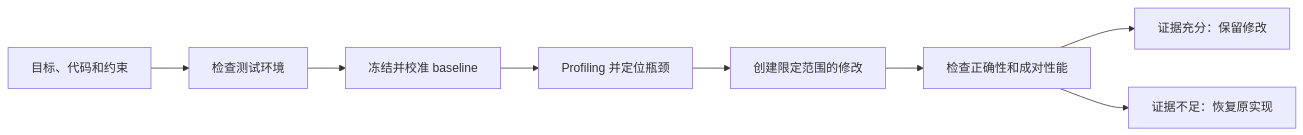
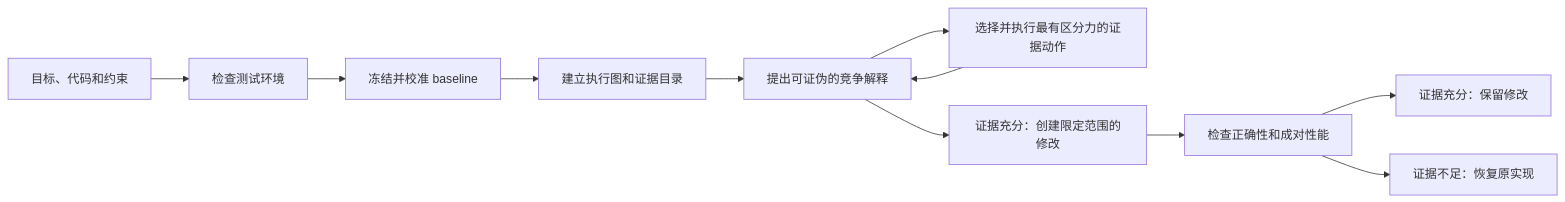
One commit to troycheng/cuda-optimized-skill changed the diagram in README.zh-CN.md. Above: the diagram before and after it, drawn with Mermaid. The commit also changed other lines of this file and 10 other files, not shown here.

````diff
--- a/README.zh-CN.md
+++ b/README.zh-CN.md
@@ -73,10 +75,13 @@
 ```mermaid
 flowchart LR
     goal["目标、代码和约束"] --> environment["检查测试环境"]
     environment --> baseline["冻结并校准 baseline"]
-    baseline --> profiling["Profiling 并定位瓶颈"]
-    profiling --> change["创建限定范围的修改"]
+    baseline --> context["建立执行图和证据目录"]
+    context --> hypothesis["提出可证伪的竞争解释"]
+    hypothesis --> evidence["选择并执行最有区分力的证据动作"]
+    evidence --> hypothesis
+    hypothesis --> change["证据充分：创建限定范围的修改"]
     change --> evaluation["检查正确性和成对性能"]
     evaluation --> keep["证据充分：保留修改"]
     evaluation --> restore["证据不足：恢复原实现"]
 ```
````
